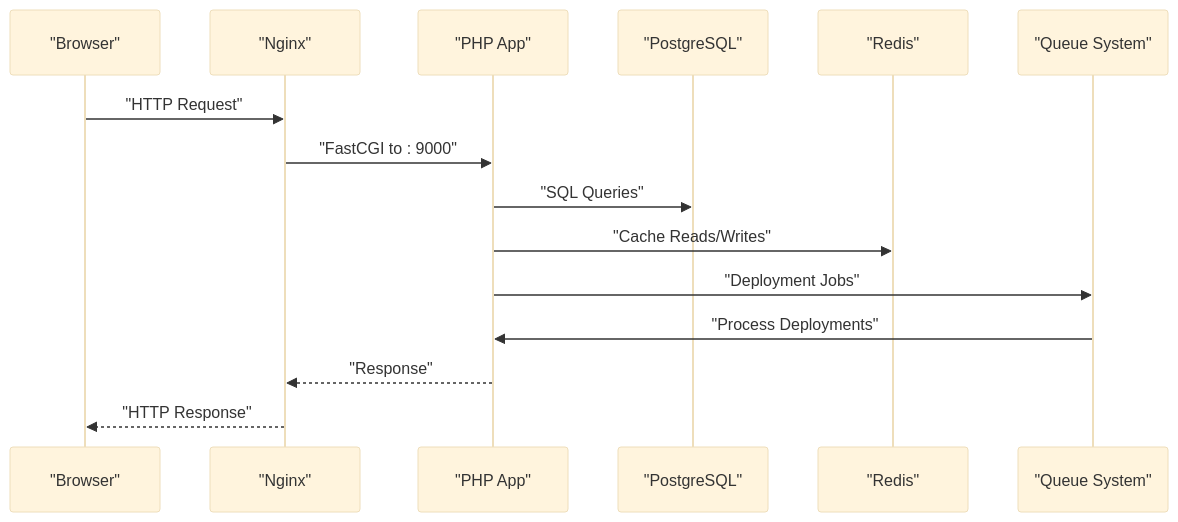
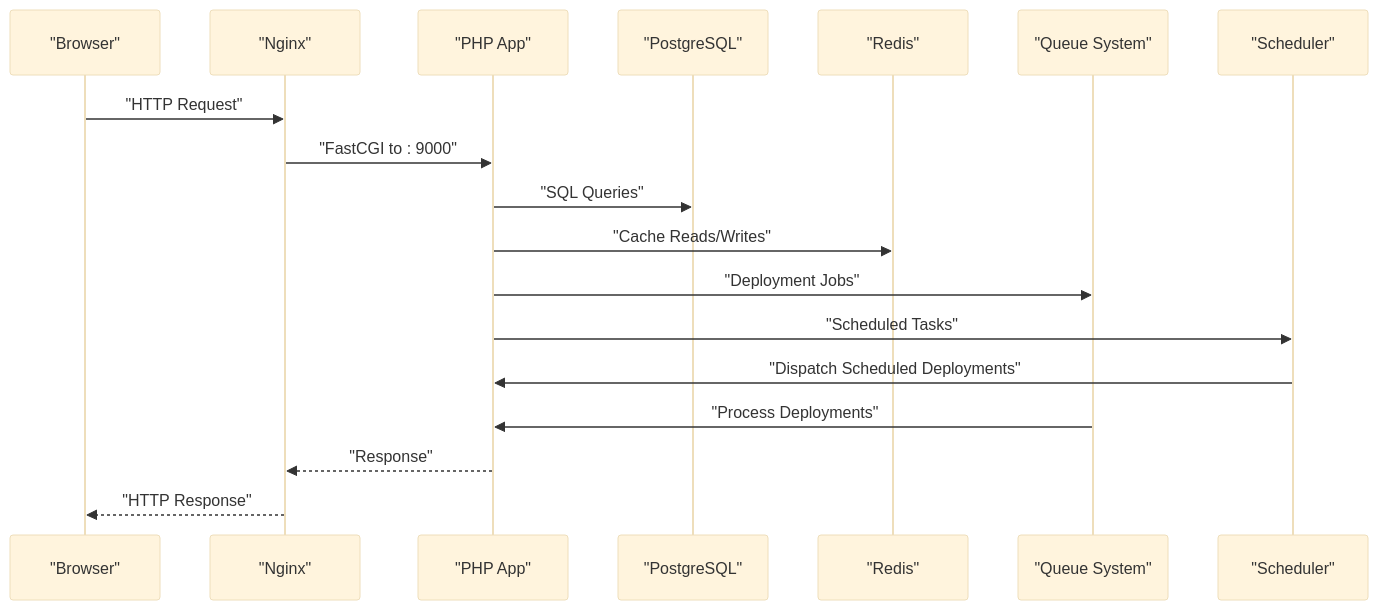
Before and after one commit to FCS-WP/website_portal: the second of 3 diagrams in .qoder/repowiki/en/content/Deployment & Operations/Deployment & Operations.md, drawn with Mermaid (base theme). The commit also changed other lines of this file and 37 other files, not shown here.

````diff
--- a/.qoder/repowiki/en/content/Deployment & Operations/Deployment & Operations.md
+++ b/.qoder/repowiki/en/content/Deployment & Operations/Deployment & Operations.md
@@ -145,17 +162,20 @@
 ```mermaid
 sequenceDiagram
 participant Browser as "Browser"
 participant Nginx as "Nginx"
 participant PHP as "PHP App"
 participant DB as "PostgreSQL"
 participant Cache as "Redis"
 participant Queue as "Queue System"
+participant Scheduler as "Scheduler"
 Browser->>Nginx : "HTTP Request"
 Nginx->>PHP : "FastCGI to : 9000"
 PHP->>DB : "SQL Queries"
 PHP->>Cache : "Cache Reads/Writes"
 PHP->>Queue : "Deployment Jobs"
+PHP->>Scheduler : "Scheduled Tasks"
+Scheduler->>PHP : "Dispatch Scheduled Deployments"
 Queue->>PHP : "Process Deployments"
 PHP-->>Nginx : "Response"
 Nginx-->>Browser : "HTTP Response"
 ```
````
